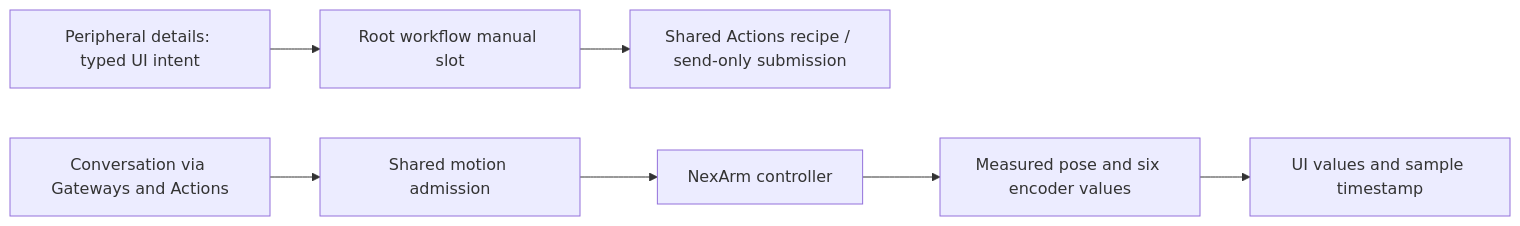
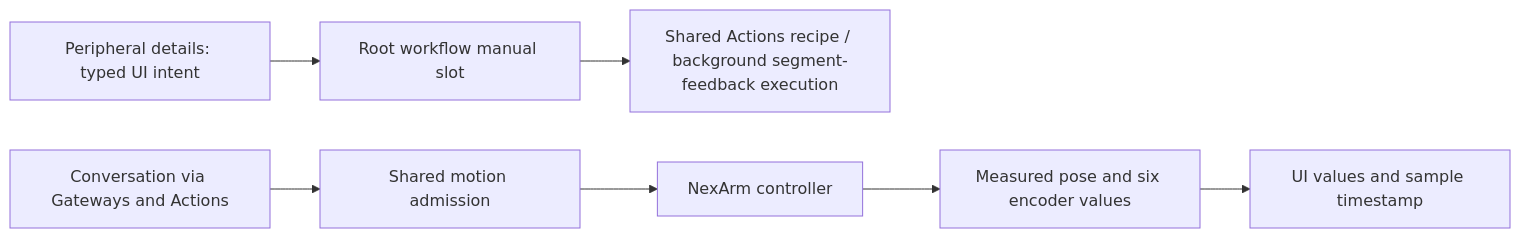
One commit to devilyouwei/MobileHarness changed the third of 5 diagrams in MobileHarness/App/Workflows/README.md. Above: the diagram before and after it, drawn with Mermaid. The commit also changed other lines of this file and 135 other files, not shown here.

````diff
--- a/MobileHarness/App/Workflows/README.md
+++ b/MobileHarness/App/Workflows/README.md
@@ -88,9 +88,9 @@
 ```mermaid
 flowchart LR
     Details[Peripheral details: typed UI intent] --> Manual[Root workflow manual slot]
     Actions[Conversation via Gateways and Actions] --> Motion[Shared motion admission]
-    Manual --> Recipe[Shared Actions recipe / send-only submission]
+    Manual --> Recipe[Shared Actions recipe / background segment-feedback execution]
     Motion --> Controller[NexArm controller]
     Controller --> Feedback[Measured pose and six encoder values]
     Feedback --> State[UI values and sample timestamp]
 ```
````
